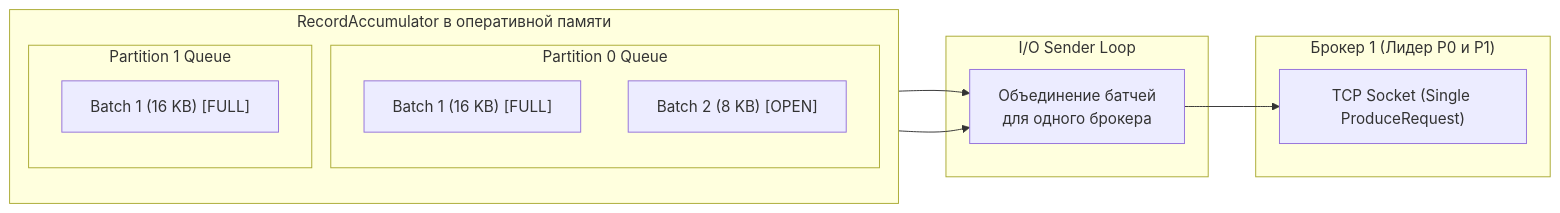
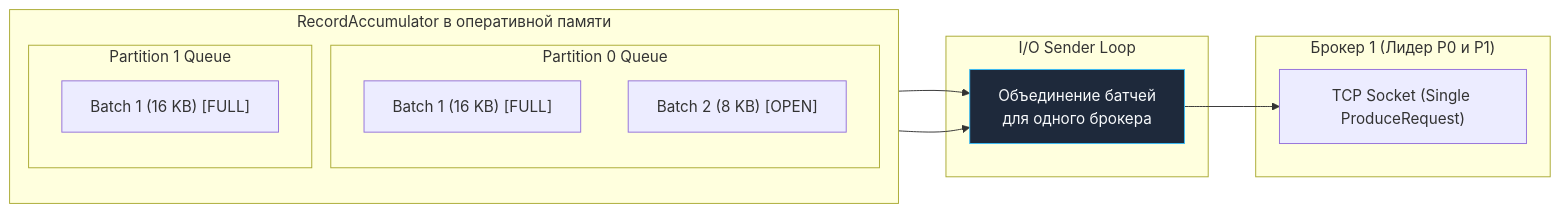
One commit to UnrealTemplier/go-textbook changed the second of 5 diagrams in sources/13. Очереди, брокеры сообщений и оркестраторы/03. Kafka/3. Producer и consumer.md. Above: the diagram before and after it, drawn with Mermaid. The commit also changed other lines of this file and 1666 other files, not shown here.

First line of the commit message:
feat(mermaid): add semantic color classDef to 1369 colorless flowchart/graph diagrams

````diff
--- a/sources/13. Очереди, брокеры сообщений и оркестраторы/03. Kafka/3. Producer и consumer.md
+++ b/sources/13. Очереди, брокеры сообщений и оркестраторы/03. Kafka/3. Producer и consumer.md
@@ -77,25 +87,35 @@
 ```mermaid
 flowchart LR
+    classDef process  fill:#1e293b,stroke:#38bdf8,stroke-width:1px,color:#f8fafc
+    classDef success  fill:#064e3b,stroke:#34d399,stroke-width:1px,color:#f8fafc
+    classDef error    fill:#7f1d1d,stroke:#f87171,stroke-width:1px,color:#f8fafc
+    classDef warning  fill:#78350f,stroke:#fbbf24,stroke-width:1px,color:#f8fafc
+    classDef entry    fill:#1e3a5f,stroke:#38bdf8,stroke-width:2px,color:#f8fafc
+    classDef aux      fill:#334155,stroke:#64748b,stroke-width:1px,color:#f8fafc
+    classDef system   fill:#312e81,stroke:#a78bfa,stroke-width:1px,color:#f8fafc
+    classDef data     fill:#132d29,stroke:#2dd4bf,stroke-width:1px,color:#f8fafc
+    classDef network  fill:#881337,stroke:#fb7185,stroke-width:1px,color:#f8fafc
+    classDef accent   fill:#1e1b4b,stroke:#818cf8,stroke-width:1px,color:#f8fafc
     subgraph Accumulator["RecordAccumulator в оперативной памяти"]
         direction TB
         subgraph P0["Partition 0 Queue"]
             B1["Batch 1 (16 KB) [FULL]"]
             B2["Batch 2 (8 KB) [OPEN]"]
         end
         subgraph P1["Partition 1 Queue"]
             B3["Batch 1 (16 KB) [FULL]"]
         end
     end
 
     subgraph Sender["I/O Sender Loop"]
-        Mux["Объединение батчей<br>для одного брокера"]
+        Mux["Объединение батчей<br>для одного брокера"]:::process
     end
 
     subgraph Broker1["Брокер 1 (Лидер P0 и P1)"]
         Socket["TCP Socket (Single ProduceRequest)"]
     end
 
     B1 --> Mux
     B3 --> Mux
     Mux --> Socket
 ```
````
